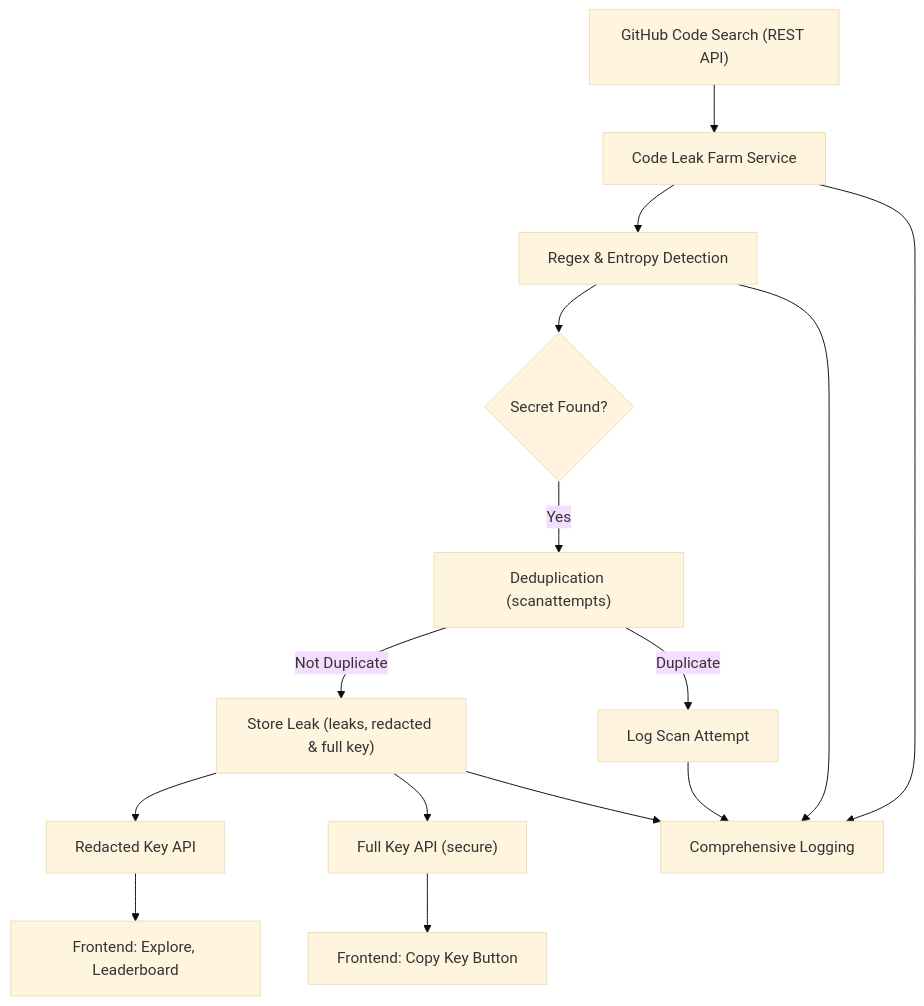
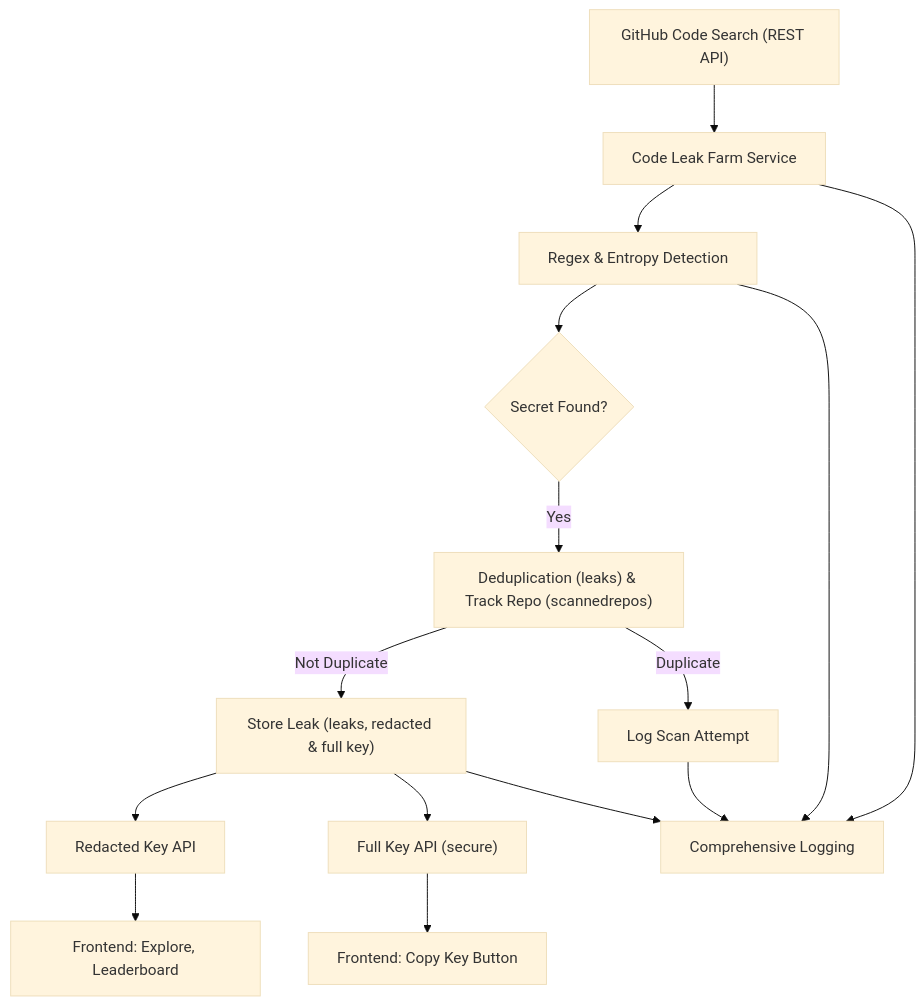
The diagram in README.md (zaim-abbasi/APIRadar), drawn with Mermaid (base theme) before and after one commit. The commit also changed 6 other files, not shown here.

````diff
--- a/README.md
+++ b/README.md
@@ -62,17 +62,17 @@
 ```mermaid
 flowchart TD
   A["GitHub Code Search (REST API)"] --> B["Code Leak Farm Service"]
   B --> C["Regex & Entropy Detection"]
   C --> D{"Secret Found?"}
-  D -- "Yes" --> E["Deduplication (scanattempts)"]
+  D -- "Yes" --> E["Deduplication (leaks) & Track Repo (scannedrepos)"]
   E -- "Not Duplicate" --> F["Store Leak (leaks, redacted & full key)"]
   E -- "Duplicate" --> G["Log Scan Attempt"]
   F --> H["Redacted Key API"]
   F --> I["Full Key API (secure)"]
   H --> J["Frontend: Explore, Leaderboard"]
   I --> K["Frontend: Copy Key Button"]
   G --> L["Comprehensive Logging"]
   F --> L
   B --> L
   C --> L
 ```
````
